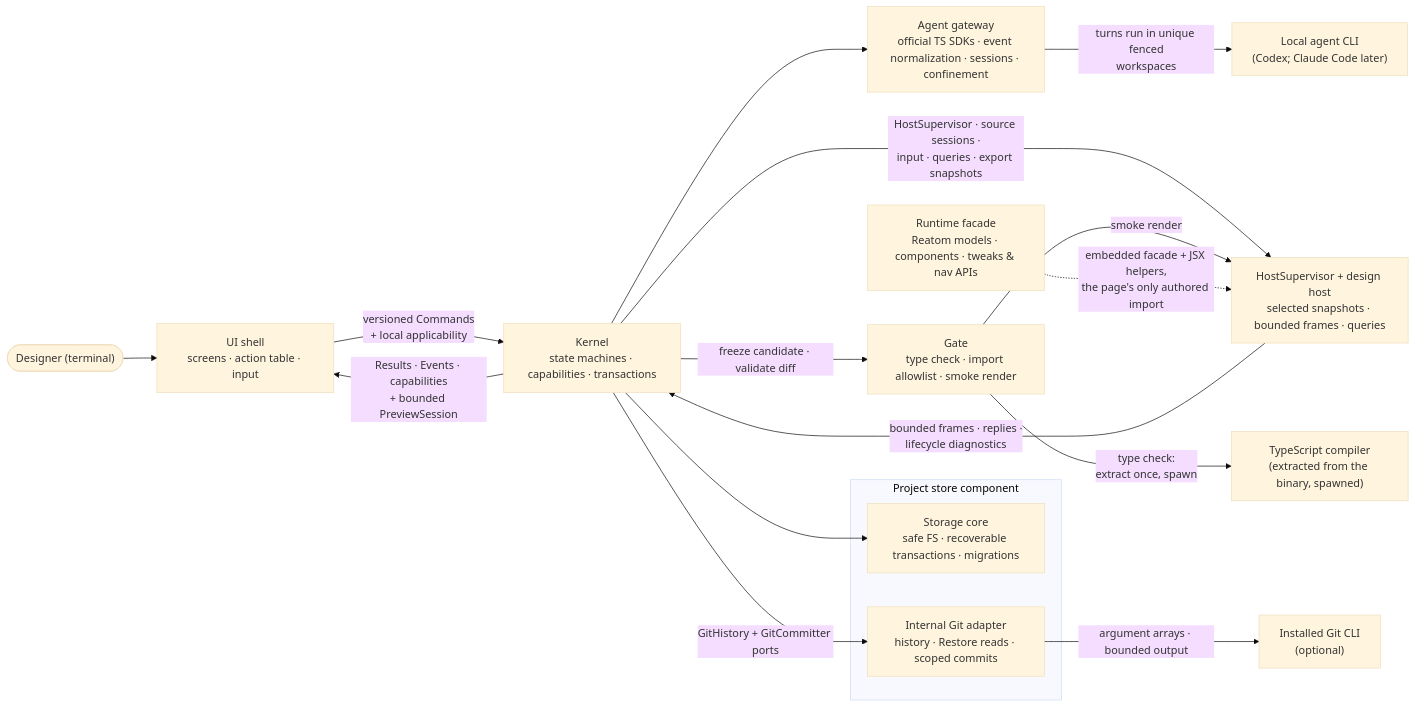
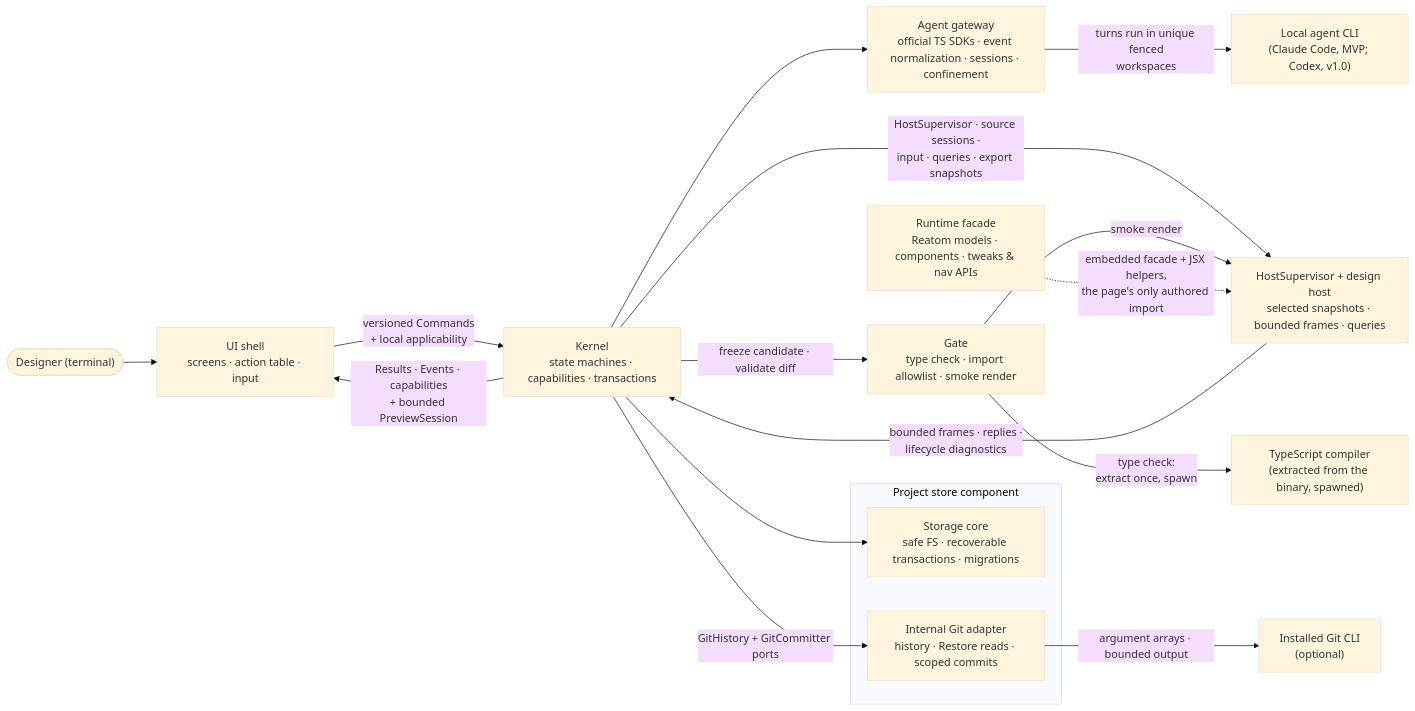
Before and after one commit to khmilevoi/termcraft: the diagram in docs/architecture/modules.md, drawn with Mermaid (base theme). The commit also changed 5 other files, not shown here.

First line of the commit message:
docs: land the MVP backend swap to Claude Code across spec and architecture

````diff
--- a/docs/architecture/modules.md
+++ b/docs/architecture/modules.md
@@ -3,32 +3,32 @@
 ```mermaid
 flowchart LR
     designer(["Designer (terminal)"]) --> uishell
-    cli["Local agent CLI<br/>(Codex; Claude Code later)"]
+    cli["Local agent CLI<br/>(Claude Code, MVP; Codex, v1.0)"]
     gitcli["Installed Git CLI<br/>(optional)"]
     tsc["TypeScript compiler<br/>(extracted from the binary, spawned)"]
 
     uishell["UI shell<br/>screens · action table · input"]
     kernel["Kernel<br/>state machines · capabilities · transactions"]
     gateway["Agent gateway<br/>official TS SDKs · event normalization · sessions · confinement"]
     gate["Gate<br/>type check · import allowlist · smoke render"]
     runtime["Runtime facade<br/>Reatom models · components · tweaks & nav APIs"]
     host["HostSupervisor + design host<br/>selected snapshots · bounded frames · queries"]
     subgraph storecomponent["Project store component"]
         pstore["Storage core<br/>safe FS · recoverable transactions · migrations"]
         gitadapter["Internal Git adapter<br/>history · Restore reads · scoped commits"]
     end
 
     uishell -- "versioned Commands<br/>+ local applicability" --> kernel
     kernel -- "Results · Events · capabilities<br/>+ bounded PreviewSession" --> uishell
     kernel --> gateway
     gateway -- "turns run in unique fenced<br/>workspaces" --> cli
     kernel -- "freeze candidate · validate diff" --> gate
     kernel --> pstore
     kernel -- "GitHistory + GitCommitter ports" --> gitadapter
     gitadapter -- "argument arrays · bounded output" --> gitcli
     kernel -- "HostSupervisor · source sessions ·<br/>input · queries · export snapshots" --> host
     host -- "bounded frames · replies ·<br/>lifecycle diagnostics" --> kernel
     gate -- "smoke render" --> host
     gate -- "type check:<br/>extract once, spawn" --> tsc
     runtime -. "embedded facade + JSX helpers,<br/>the page's only authored import" .-> host
 ```
````
